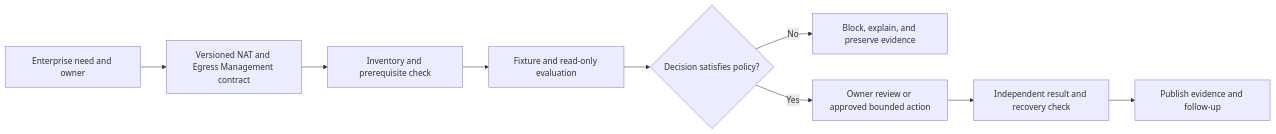
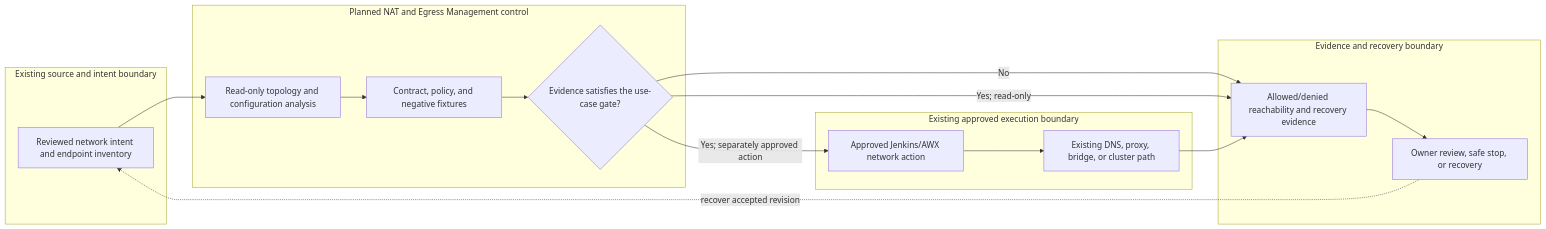
Before and after one commit to MIDHTECH/enterprise-architecture-docs: the diagram in docs/use-cases/network/UC-NET-013-nat-and-egress-management.md, drawn with Mermaid. The commit also changed other lines of this file and 227 other files, not shown here.

Commit message:
Deepen architecture for all use case designs

````diff
--- a/docs/use-cases/network/UC-NET-013-nat-and-egress-management.md
+++ b/docs/use-cases/network/UC-NET-013-nat-and-egress-management.md
@@ -136,11 +129,25 @@
 ```mermaid
 flowchart LR
-    Need["Enterprise need and owner"] --> Contract["Versioned NAT and Egress Management contract"]
-    Contract --> Preflight["Inventory and prerequisite check"]
-    Preflight --> Evaluate["Fixture and read-only evaluation"]
-    Evaluate --> Decision{"Decision satisfies policy?"}
-    Decision -->|No| Stop["Block, explain, and preserve evidence"]
-    Decision -->|Yes| Review["Owner review or approved bounded action"]
-    Review --> Verify["Independent result and recovery check"]
-    Verify --> Publish["Publish evidence and follow-up"]
+    subgraph Source["Existing source and intent boundary"]
+        A["Reviewed network intent and endpoint inventory"]
+    end
+    subgraph Planned["Planned NAT and Egress Management control"]
+        B["Read-only topology and configuration analysis"]
+        C["Contract, policy, and negative fixtures"]
+        D{"Evidence satisfies the use-case gate?"}
+    end
+    subgraph Runtime["Existing approved execution boundary"]
+        E["Approved Jenkins/AWX network action"]
+        F["Existing DNS, proxy, bridge, or cluster path"]
+    end
+    subgraph Assurance["Evidence and recovery boundary"]
+        G["Allowed/denied reachability and recovery evidence"]
+        H["Owner review, safe stop, or recovery"]
+    end
+
+    A --> B --> C --> D
+    D -->|No| G --> H
+    D -->|Yes; read-only| G
+    D -->|Yes; separately approved action| E --> F --> G
+    H -. recover accepted revision .-> A
 ```
````
